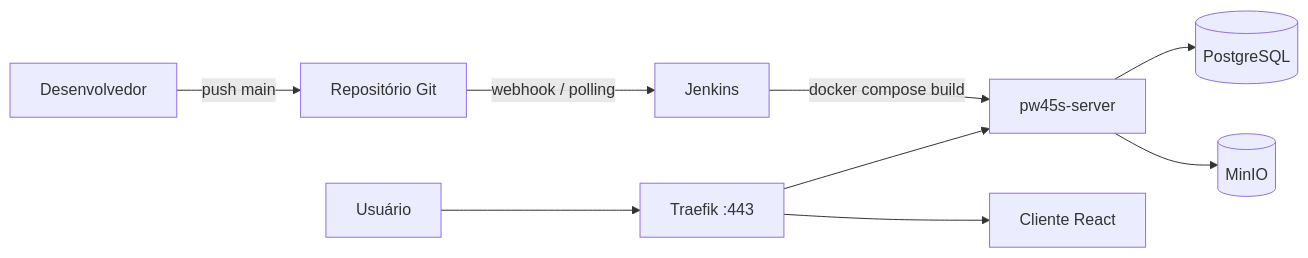
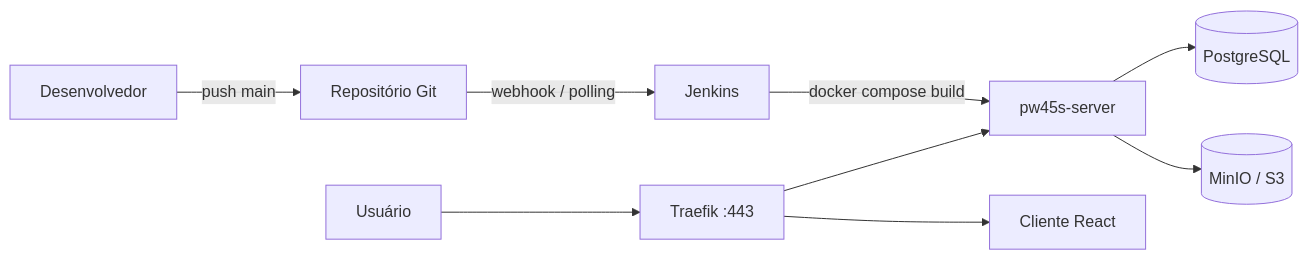
One commit to viniciuspegorini/pw45s changed the diagram in aula11/server/README.md. Above: the diagram before and after it, drawn with Mermaid. The commit also changed other lines of this file and 60 other files, not shown here.

````diff
--- a/aula11/server/README.md
+++ b/aula11/server/README.md
@@ -9,11 +11,11 @@
 ```mermaid
 flowchart LR
   Dev[Desenvolvedor] -->|push main| Git[Repositório Git]
   Git -->|webhook / polling| Jenkins[Jenkins]
   Jenkins -->|docker compose build| API[pw45s-server]
   API --> DB[(PostgreSQL)]
-  API --> MinIO[(MinIO)]
+  API --> S3[(MinIO / S3)]
   User[Usuário] --> Traefik[Traefik :443]
   Traefik --> API
   Traefik --> Client[Cliente React]
 ```
````
